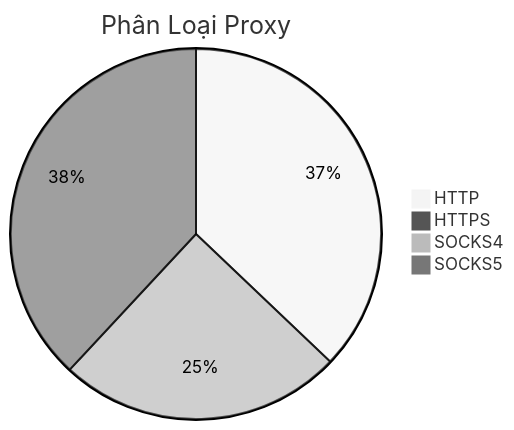
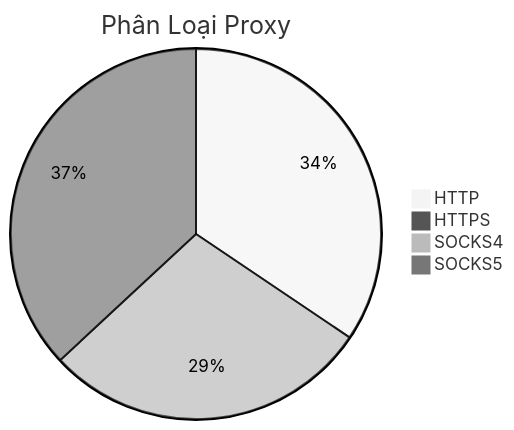
One commit to Ciara-12/PROXY-free changed the diagram in README.md. Above: the diagram before and after it, drawn with Mermaid (neutral theme). The commit also changed other lines of this file and 4 other files, not shown here.

````diff
--- a/README.md
+++ b/README.md
@@ -26,7 +26,7 @@
 ```mermaid
 pie title Phân Loại Proxy
-    "HTTP" : 381
-    "HTTPS" : 0
-    "SOCKS4" : 255
-    "SOCKS5" : 391
+    "HTTP" : 375
+    "HTTPS" : 1
+    "SOCKS4" : 312
+    "SOCKS5" : 402
 ```
````
